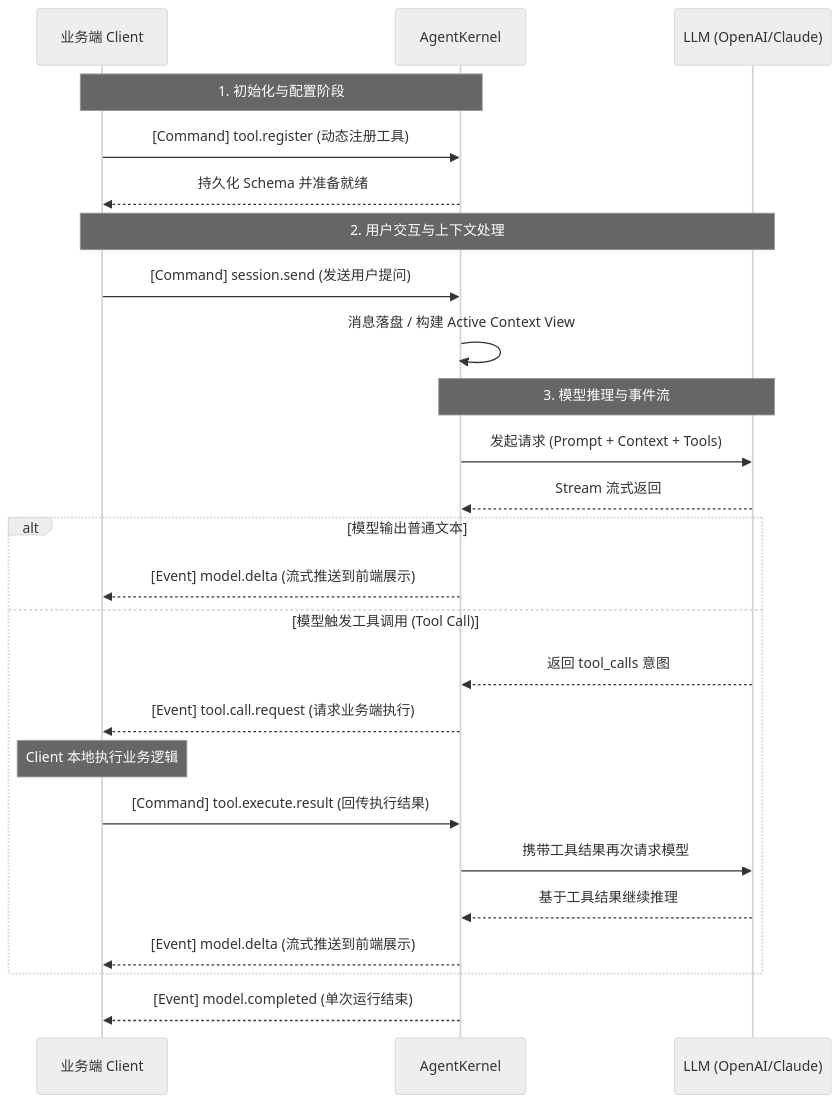
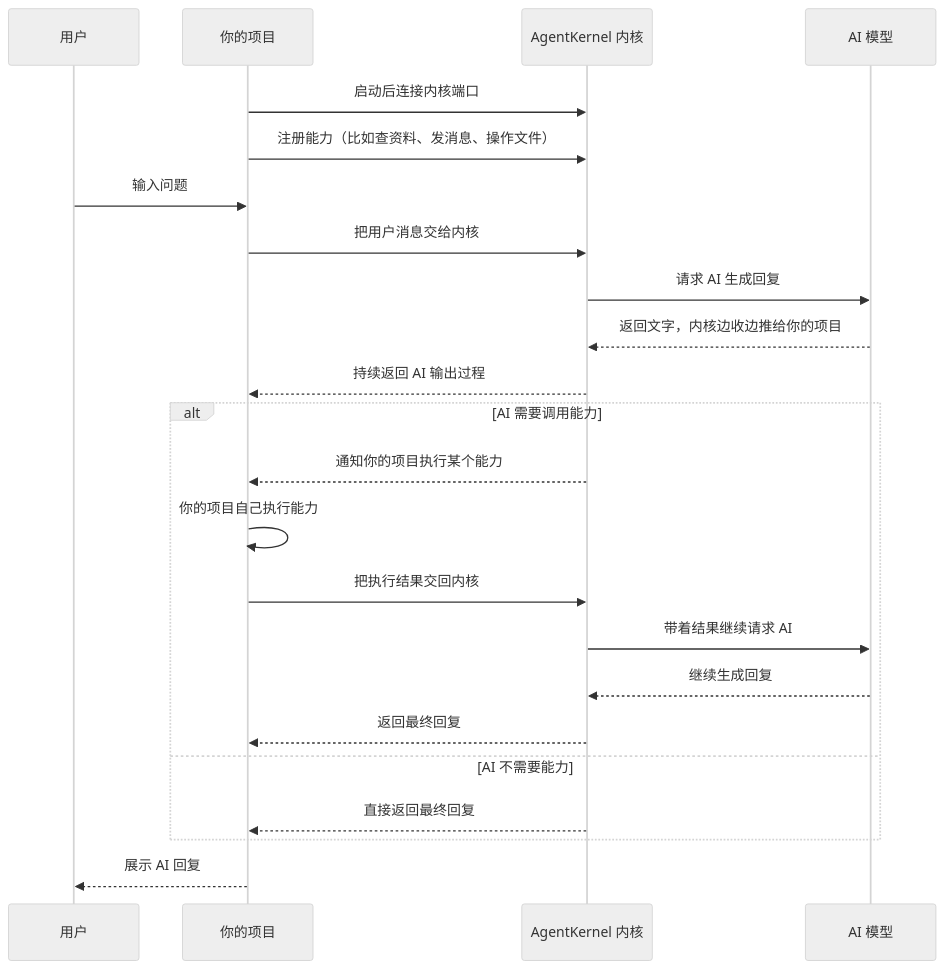
One commit to yuan71058/AgentKernel changed the second of 2 diagrams in README_zh.md. Above: the diagram before and after it, drawn with Mermaid (neutral theme). The commit also changed other lines of this file and 2 other files, not shown here.

````diff
--- a/README_zh.md
+++ b/README_zh.md
@@ -80,32 +87,28 @@
 ```mermaid
 sequenceDiagram
-    participant C as 业务端 Client
-    participant K as AgentKernel
-    participant M as LLM (OpenAI/Claude)
-    
-    Note over C, K: 1. 初始化与配置阶段
-    C->>K: [Command] tool.register (动态注册工具)
-    K-->>C: 持久化 Schema 并准备就绪
+    participant U as 用户
+    participant P as 你的项目
+    participant K as AgentKernel 内核
+    participant M as AI 模型
 
-    Note over C, M: 2. 用户交互与上下文处理
-    C->>K: [Command] session.send (发送用户提问)
-    K->>K: 消息落盘 / 构建 Active Context View
+    P->>K: 启动后连接内核端口
+    P->>K: 注册能力（比如查资料、发消息、操作文件）
+    U->>P: 输入问题
+    P->>K: 把用户消息交给内核
+    K->>M: 请求 AI 生成回复
+    M-->>K: 返回文字，内核边收边推给你的项目
+    K-->>P: 持续返回 AI 输出过程
 
-    Note over K, M: 3. 模型推理与事件流
-    K->>M: 发起请求 (Prompt + Context + Tools)
-    M-->>K: Stream 流式返回
-
-    alt 模型输出普通文本
-        K-->>C: [Event] model.delta (流式推送到前端展示)
-    else 模型触发工具调用 (Tool Call)
-        M-->>K: 返回 tool_calls 意图
-        K-->>C: [Event] tool.call.request (请求业务端执行)
-        Note over C: Client 本地执行业务逻辑
-        C->>K: [Command] tool.execute.result (回传执行结果)
-        K->>M: 携带工具结果再次请求模型
-        M-->>K: 基于工具结果继续推理
-        K-->>C: [Event] model.delta (流式推送到前端展示)
+    alt AI 需要调用能力
+        K-->>P: 通知你的项目执行某个能力
+        P->>P: 你的项目自己执行能力
+        P->>K: 把执行结果交回内核
+        K->>M: 带着结果继续请求 AI
+        M-->>K: 继续生成回复
+        K-->>P: 返回最终回复
+    else AI 不需要能力
+        K-->>P: 直接返回最终回复
     end
 
-    K-->>C: [Event] model.completed (单次运行结束)
+    P-->>U: 展示 AI 回复
 ```
````
